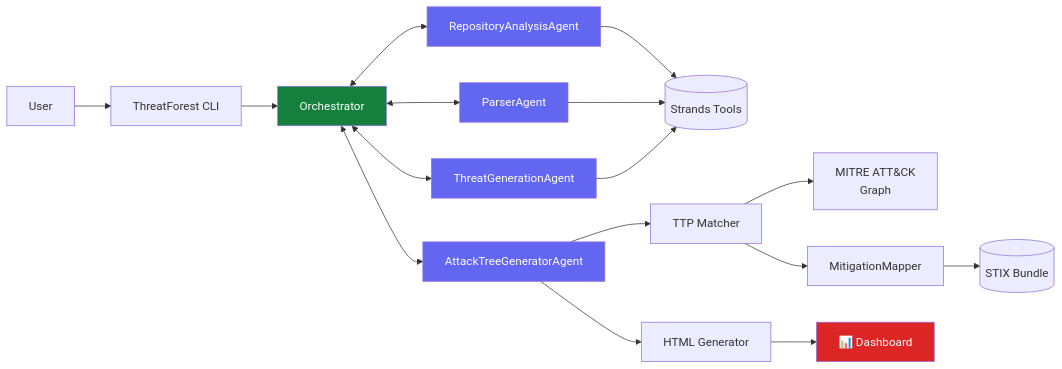
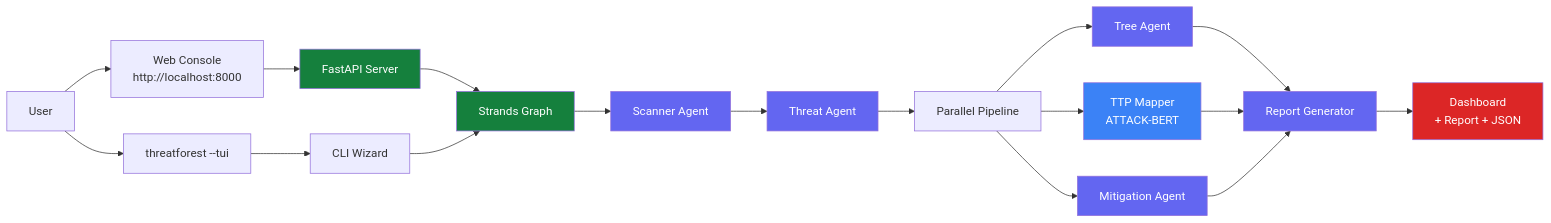
One commit to aws-samples/sample-agentic-attack-tree-generator changed the diagram in docs/architecture/overview.md. Above: the diagram before and after it, drawn with Mermaid. The commit also changed other lines of this file and 21 other files, not shown here.

````diff
--- a/docs/architecture/overview.md
+++ b/docs/architecture/overview.md
@@ -7,29 +7,33 @@
 ```mermaid
 graph LR
-    A[User] --> B[ThreatForest CLI]
-    B --> C[Orchestrator]
-    C <--> D[RepositoryAnalysisAgent]
-    C <--> E[ParserAgent]
-    C <--> F[ThreatGenerationAgent]
-    C <--> G[AttackTreeGeneratorAgent]
+    A[User] --> B[Web Console\nhttp://localhost:8000]
+    A --> C[threatforest --tui]
+    B --> D[FastAPI Server]
+    C --> E[CLI Wizard]
+    D --> F[Strands Graph]
+    E --> F
 
-    D --> H[(Strands Tools)]
-    E --> H
-    F --> H
+    F --> G[Scanner Agent]
+    G --> H[Threat Agent]
+    H --> I[Parallel Pipeline]
 
-    G --> I[TTP Matcher]
-    I --> J[MITRE ATT&CK<br/>Graph]
+    I --> J[Tree Agent]
+    I --> K[TTP Mapper\nATTACK-BERT]
+    I --> L[Mitigation Agent]
 
-    I --> K[MitigationMapper]
-    K --> L[(STIX Bundle)]
+    J --> M[Report Generator]
+    K --> M
+    L --> M
 
-    G --> M[HTML Generator]
-    M --> N[📊 Dashboard]
+    M --> N[Dashboard\n+ Report + JSON]
 
-    style C fill:#15803d,color:#fff
-    style D fill:#6366f1,color:#fff
-    style E fill:#6366f1,color:#fff
-    style F fill:#6366f1,color:#fff
+    style D fill:#15803d,color:#fff
+    style F fill:#15803d,color:#fff
     style G fill:#6366f1,color:#fff
+    style H fill:#6366f1,color:#fff
+    style J fill:#6366f1,color:#fff
+    style K fill:#3b82f6,color:#fff
+    style L fill:#6366f1,color:#fff
+    style M fill:#6366f1,color:#fff
     style N fill:#dc2626,color:#fff
 ```
````
